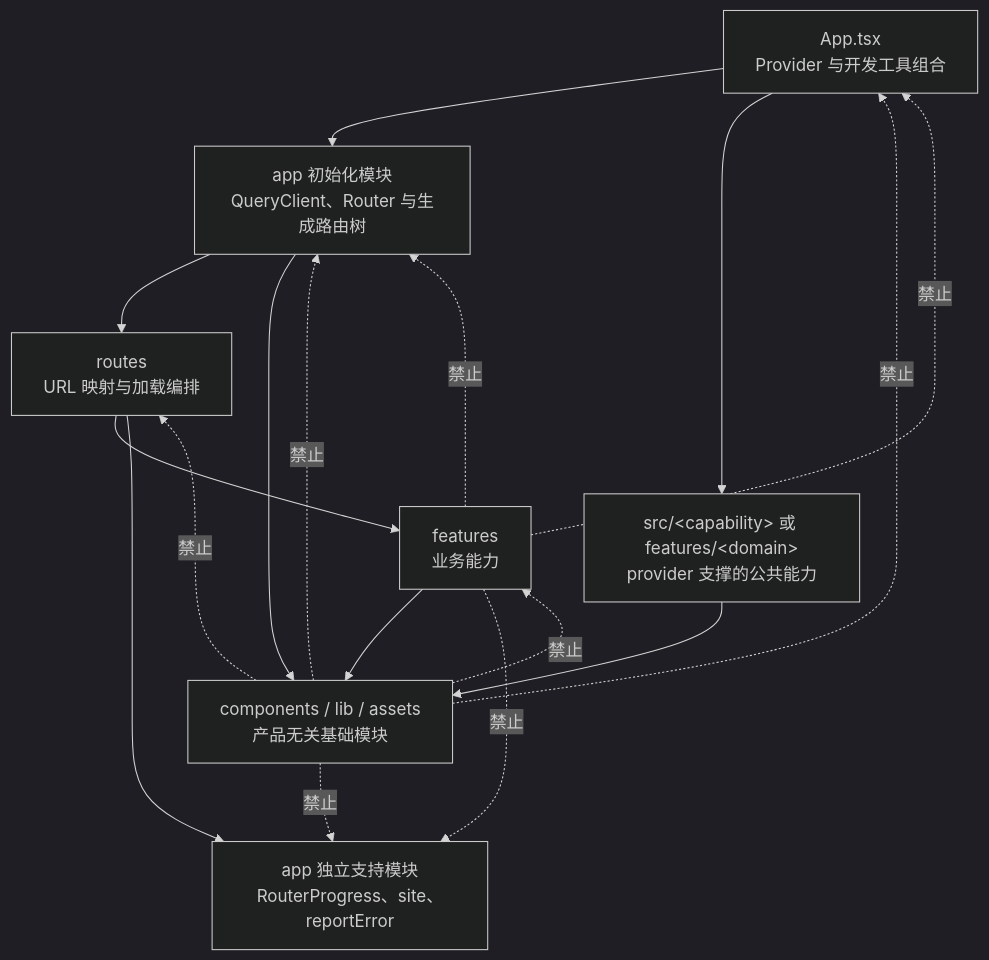
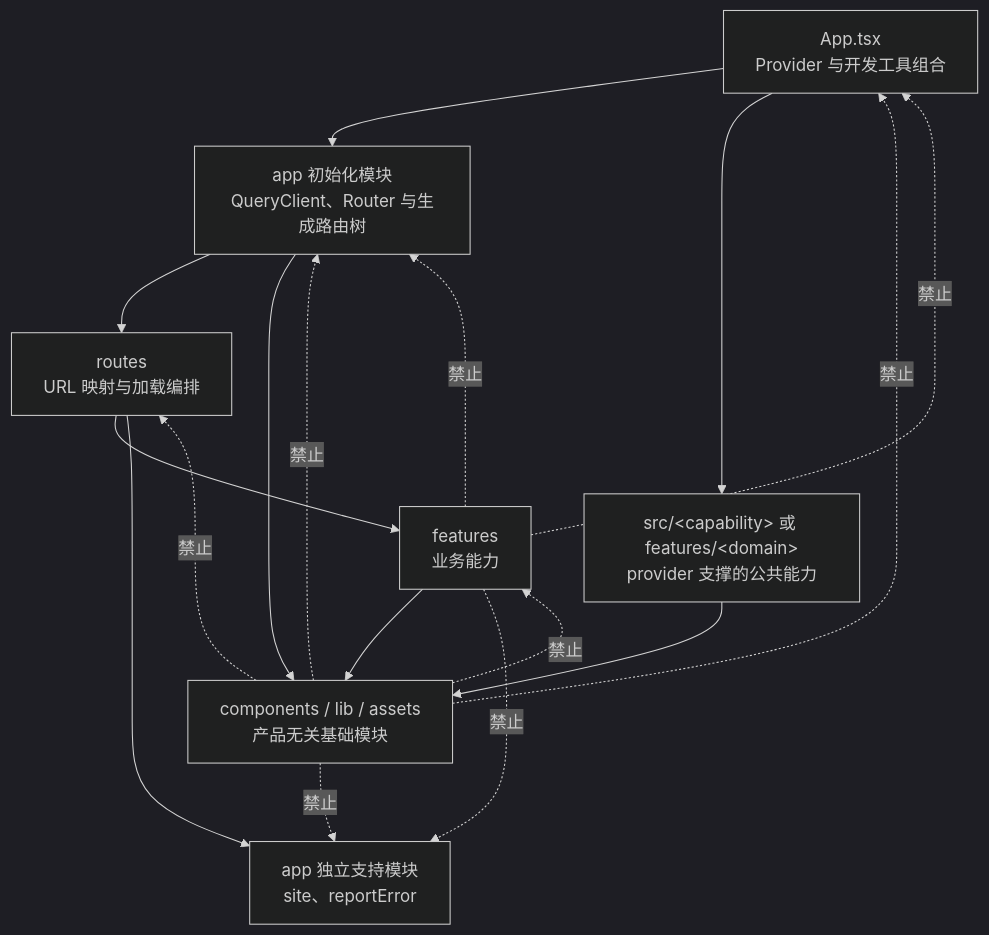
The diagram in README.md (RingoTangs/react-app), drawn with Mermaid (dark theme) before and after one commit. The commit also changed other lines of this file and 10 other files, not shown here.

````diff
--- a/README.md
+++ b/README.md
@@ -170,28 +174,28 @@
 ```mermaid
 flowchart TD
   App["App.tsx<br/>Provider 与开发工具组合"]
   TanStack["app 初始化模块<br/>QueryClient、Router 与生成路由树"]
-  RouterIntegration["app 独立支持模块<br/>RouterProgress、site、reportError"]
+  RouterIntegration["app 独立支持模块<br/>site、reportError"]
   Routes["routes<br/>URL 映射与加载编排"]
   Features["features<br/>业务能力"]
   Common["components / lib / assets<br/>产品无关基础模块"]
   ProviderCapability["src/&lt;capability&gt; 或 features/&lt;domain&gt;<br/>provider 支撑的公共能力"]
 
   App --> TanStack
   TanStack --> Routes
   TanStack --> Common
   App --> ProviderCapability
   Routes --> Features
   Routes --> RouterIntegration
   Features --> Common
   ProviderCapability --> Common
 
   Common -. 禁止 .-> App
   Common -. 禁止 .-> Routes
   Common -. 禁止 .-> Features
   Features -. 禁止 .-> App
   Features -. 禁止 .-> TanStack
   Common -. 禁止 .-> TanStack
   Features -. 禁止 .-> RouterIntegration
   Common -. 禁止 .-> RouterIntegration
 ```
````
